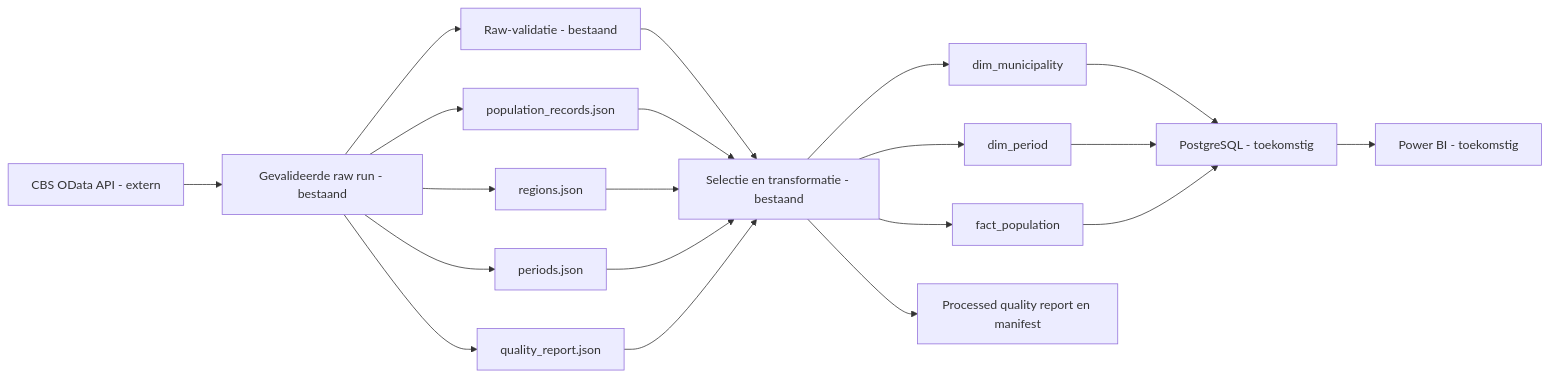
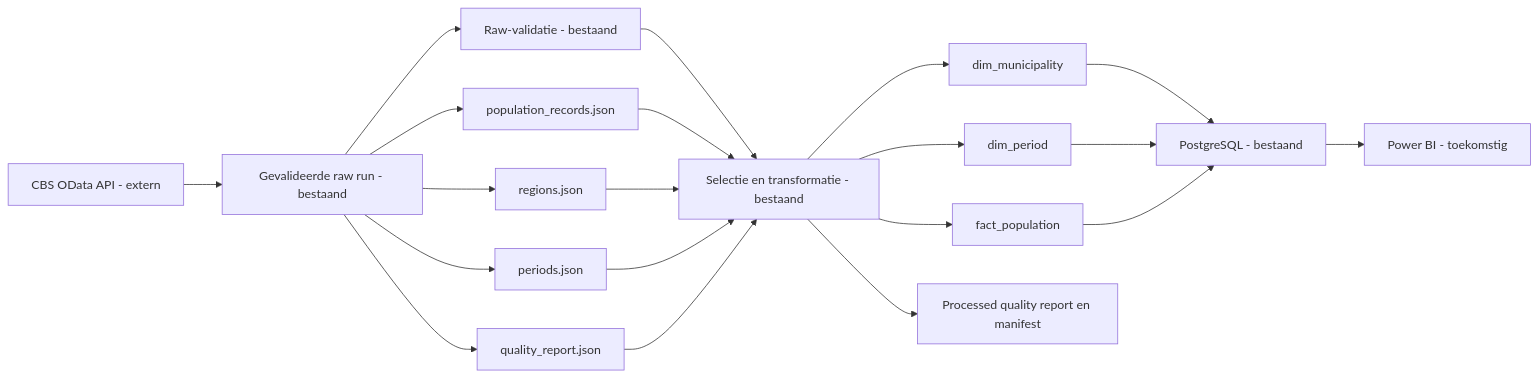
Before and after one commit to salahooo/gemeente-data-platform: the sixth of 8 diagrams in docs/architecture.md, drawn with Mermaid. The commit also changed other lines of this file and 25 other files, not shown here.

````diff
--- a/docs/architecture.md
+++ b/docs/architecture.md
@@ -111,22 +133,22 @@
 ```mermaid
 flowchart LR
     cbs[CBS OData API - extern] --> raw[Gevalideerde raw run - bestaand]
     raw --> validation[Raw-validatie - bestaand]
     validation --> transform[Selectie en transformatie - bestaand]
     raw --> records[population_records.json]
     raw --> regions[regions.json]
     raw --> periods[periods.json]
     raw --> rawquality[quality_report.json]
     records --> transform
     regions --> transform
     periods --> transform
     rawquality --> transform
     transform --> municipality[dim_municipality]
     transform --> period[dim_period]
     transform --> population[fact_population]
     transform --> quality[Processed quality report en manifest]
-    municipality --> postgres[PostgreSQL - toekomstig]
+    municipality --> postgres[PostgreSQL - bestaand]
     period --> postgres
     population --> postgres
     postgres --> powerbi[Power BI - toekomstig]
 ```
````
